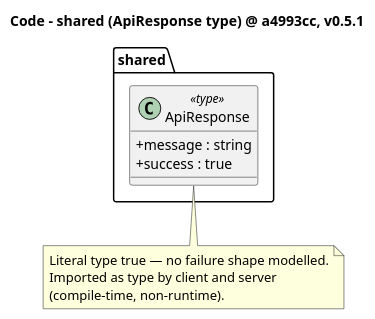
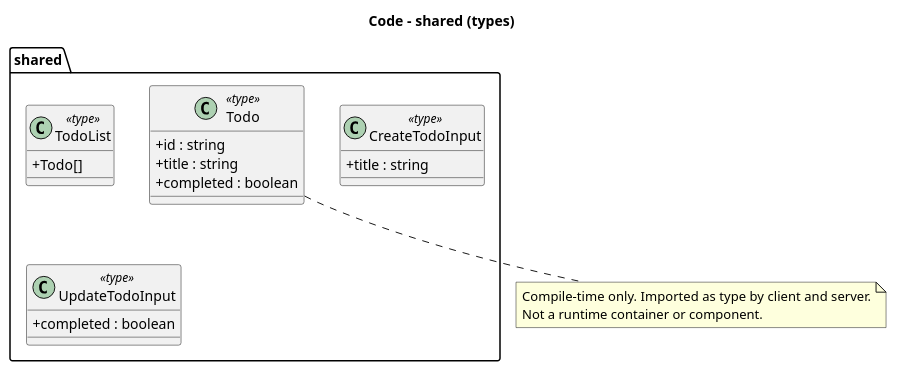
Before and after one commit to MemoryIt/todo: the diagram in docs/architecture/diagrams/04a-code-shared.puml, drawn with PlantUML.

Commit message:
docs(diagrams): rewrite shared code diagram for the todo app
Replace the ApiResponse type with the Todo contract types
(Todo / TodoList / CreateTodoInput / UpdateTodoInput).

```diff
--- a/docs/architecture/diagrams/04a-code-shared.puml
+++ b/docs/architecture/diagrams/04a-code-shared.puml
@@ -1,19 +1,27 @@
 @startuml
-title Code - shared (ApiResponse type) @ a4993cc, v0.5.1
-
+title Code - shared (types)
 skinparam classAttributeIconSize 0
 
 package "shared" {
-  class ApiResponse <<type>> {
-    +message : string
-    +success : true
+  class Todo <<type>> {
+    +id : string
+    +title : string
+    +completed : boolean
+  }
+  class TodoList <<type>> {
+    +Todo[]
+  }
+  class CreateTodoInput <<type>> {
+    +title : string
+  }
+  class UpdateTodoInput <<type>> {
+    +completed : boolean
   }
 }
 
-note bottom of ApiResponse
-  Literal type true — no failure shape modelled.
-  Imported as type by client and server
-  (compile-time, non-runtime).
+note bottom of Todo
+  Compile-time only. Imported as type by client and server.
+  Not a runtime container or component.
 end note
 
 @enduml
```
